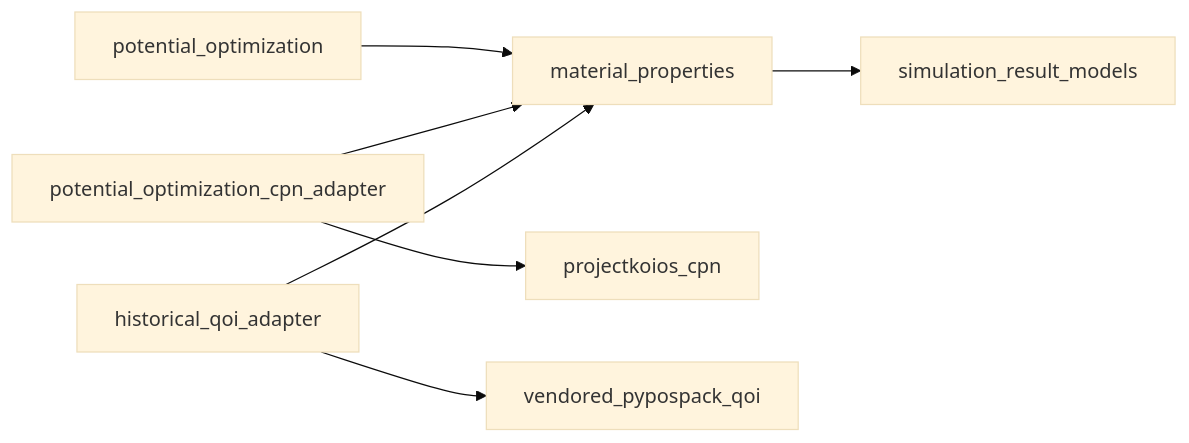
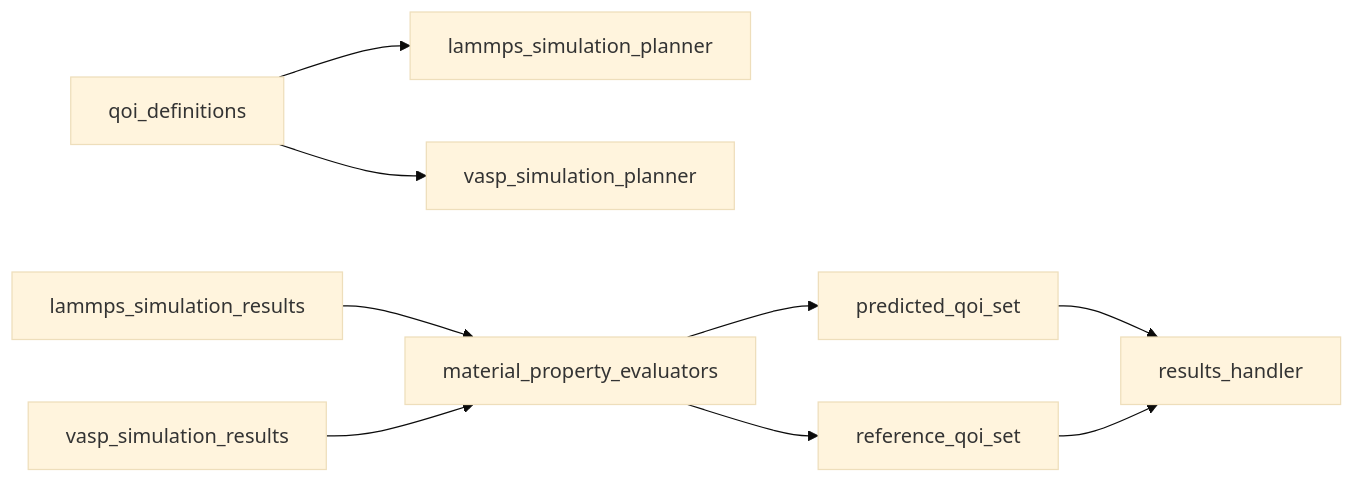
Before and after one commit to eragasa/projectkoios-frankenstein: the second of 2 diagrams in docs/architecture/qoi-evaluation/implementation/index.md, drawn with Mermaid (base theme). The commit also changed other lines of this file and 385 other files, not shown here.

````diff
--- a/docs/architecture/qoi-evaluation/implementation/index.md
+++ b/docs/architecture/qoi-evaluation/implementation/index.md
@@ -29,9 +32,11 @@
 ```mermaid
 flowchart LR
-    material_properties --> simulation_result_models
-    potential_optimization --> material_properties
-    potential_optimization_cpn_adapter --> material_properties
-    potential_optimization_cpn_adapter --> projectkoios_cpn
-    historical_qoi_adapter --> material_properties
-    historical_qoi_adapter --> vendored_pypospack_qoi
+    qoi_definitions --> lammps_simulation_planner
+    qoi_definitions --> vasp_simulation_planner
+    lammps_simulation_results --> material_property_evaluators
+    vasp_simulation_results --> material_property_evaluators
+    material_property_evaluators --> predicted_qoi_set
+    material_property_evaluators --> reference_qoi_set
+    predicted_qoi_set --> results_handler
+    reference_qoi_set --> results_handler
 ```
````
